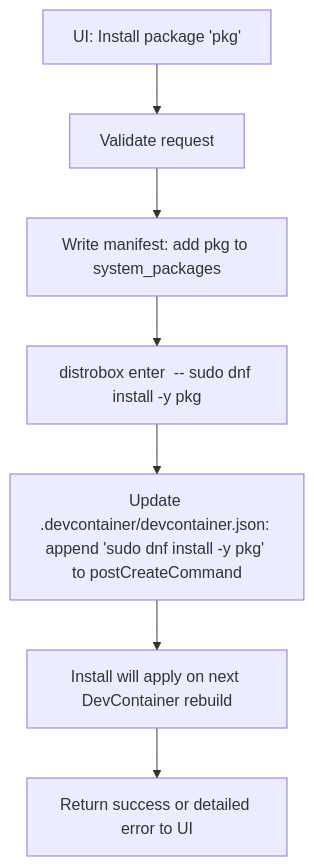
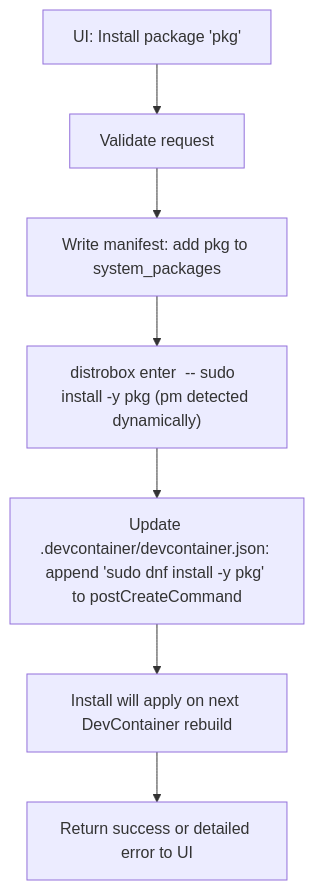
The second of 7 diagrams in ARCHITECTURE.md (Kubaguette/bazzite-architect), drawn with Mermaid before and after one commit. The commit also changed other lines of this file, not shown here.

````diff
--- a/ARCHITECTURE.md
+++ b/ARCHITECTURE.md
@@ -216,9 +216,9 @@
 ```mermaid
 flowchart TD
   A["UI: Install package 'pkg'"] --> B[Validate request]
   B --> C[Write manifest: add pkg to system_packages]
-  C --> D["distrobox enter <env> -- sudo dnf install -y pkg"]
+  C --> D["distrobox enter <env> -- sudo <pm> install -y pkg (pm detected dynamically)"]
   D --> E["Update .devcontainer/devcontainer.json: append 'sudo dnf install -y pkg' to postCreateCommand"]
   E --> F[Install will apply on next DevContainer rebuild]
   F --> G[Return success or detailed error to UI]
 ```
````
